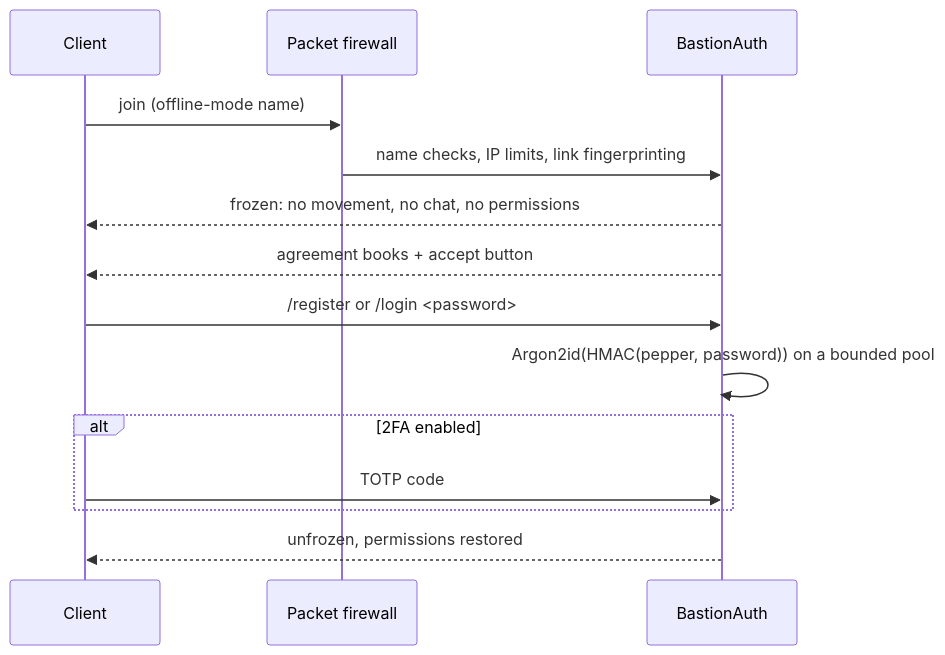
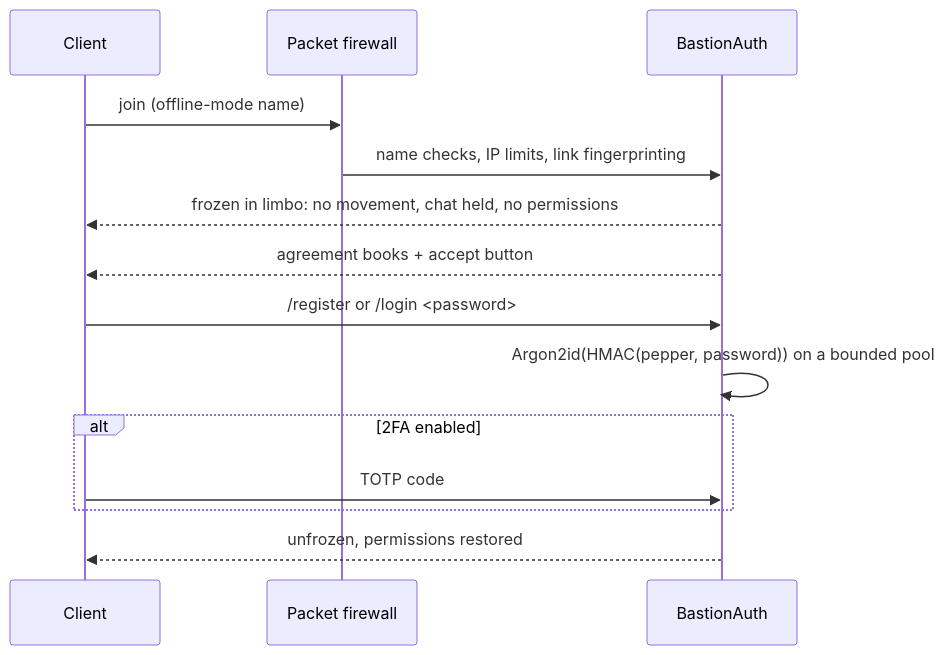
One commit to dhehdjebejen-beep/Bastion changed the diagram in BastionAuth/README.md. Above: the diagram before and after it, drawn with Mermaid. The commit also changed other lines of this file and 11 other files, not shown here.

````diff
--- a/BastionAuth/README.md
+++ b/BastionAuth/README.md
@@ -79,16 +80,16 @@
 ```mermaid
 sequenceDiagram
     participant C as Client
     participant F as Packet firewall
     participant A as BastionAuth
     C->>F: join (offline-mode name)
     F->>A: name checks, IP limits, link fingerprinting
-    A-->>C: frozen: no movement, no chat, no permissions
+    A-->>C: frozen in limbo: no movement, chat held, no permissions
     A-->>C: agreement books + accept button
     C->>A: /register or /login <password>
     A->>A: Argon2id(HMAC(pepper, password)) on a bounded pool
     alt 2FA enabled
         C->>A: TOTP code
     end
     A-->>C: unfrozen, permissions restored
 ```
````
